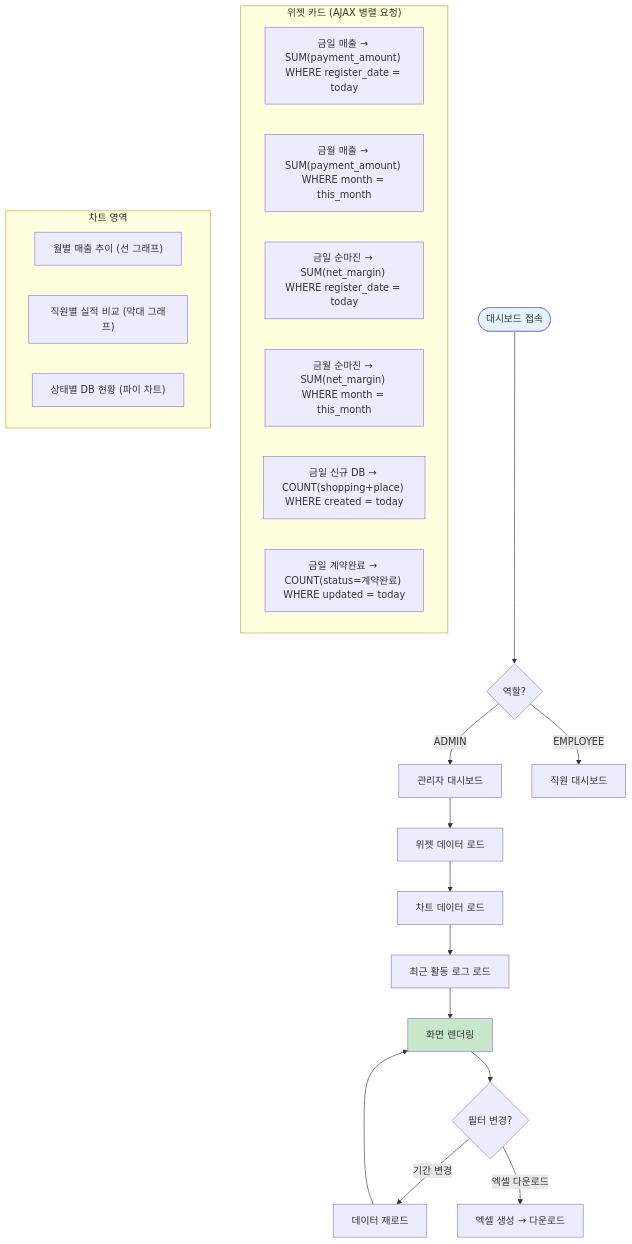
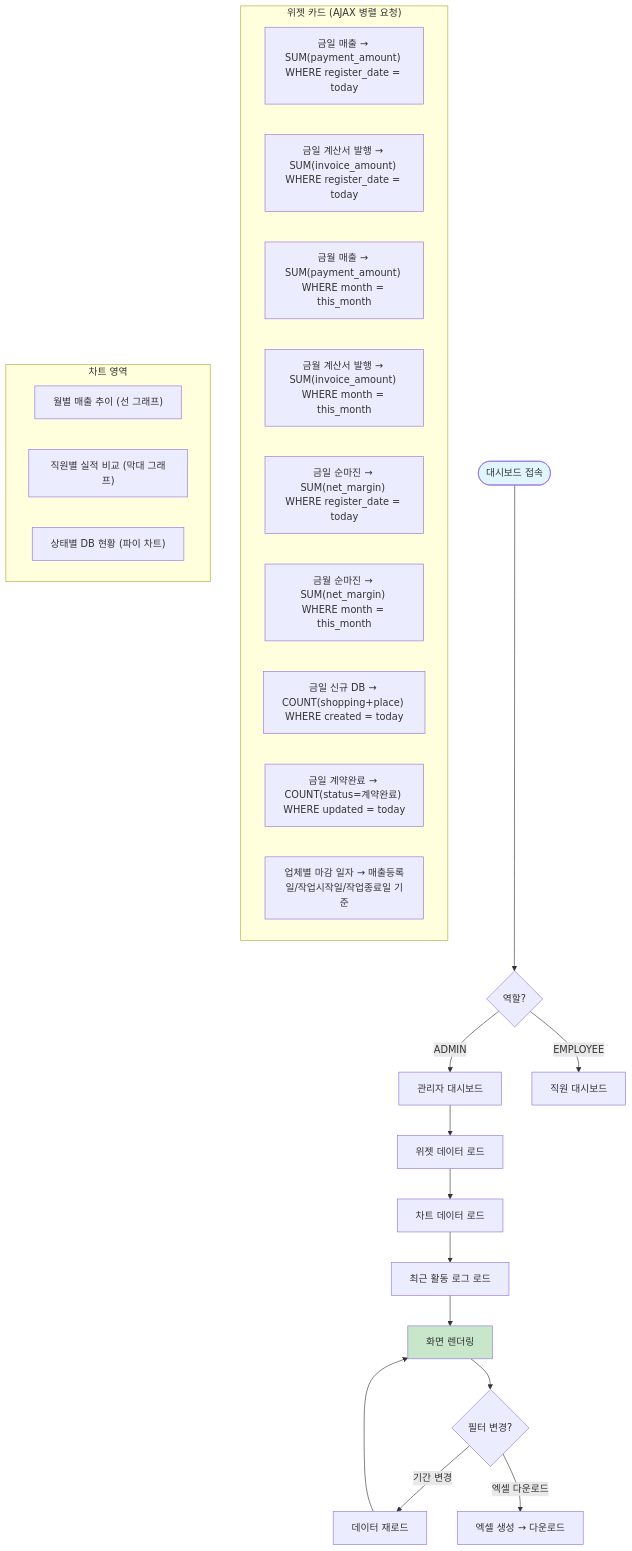
The tenth of 20 diagrams in docs/03_시스템_흐름도.md (codelabsy/260225_site), drawn with Mermaid before and after one commit. The commit also changed other lines of this file and 3 other files, not shown here.

````diff
--- a/docs/03_시스템_흐름도.md
+++ b/docs/03_시스템_흐름도.md
@@ -425,38 +425,41 @@
 ```mermaid
 flowchart TD
     START([대시보드 접속]) --> CHECK_ROLE{역할?}
 
     CHECK_ROLE -->|ADMIN| ADMIN_DASH[관리자 대시보드]
     CHECK_ROLE -->|EMPLOYEE| EMP_DASH[직원 대시보드]
 
     ADMIN_DASH --> LOAD_WIDGETS[위젯 데이터 로드]
 
     subgraph WIDGETS["위젯 카드 (AJAX 병렬 요청)"]
         W1["금일 매출 → SUM(payment_amount) WHERE register_date = today"]
+        W1_1["금일 계산서 발행 → SUM(invoice_amount) WHERE register_date = today"]
         W2["금월 매출 → SUM(payment_amount) WHERE month = this_month"]
+        W2_1["금월 계산서 발행 → SUM(invoice_amount) WHERE month = this_month"]
         W3["금일 순마진 → SUM(net_margin) WHERE register_date = today"]
         W4["금월 순마진 → SUM(net_margin) WHERE month = this_month"]
         W5["금일 신규 DB → COUNT(shopping+place) WHERE created = today"]
         W6["금일 계약완료 → COUNT(status=계약완료) WHERE updated = today"]
+        W7["업체별 마감 일자 → 매출등록일/작업시작일/작업종료일 기준"]
     end
 
     LOAD_WIDGETS --> LOAD_CHARTS[차트 데이터 로드]
 
     subgraph CHARTS["차트 영역"]
         C1["월별 매출 추이 (선 그래프)"]
         C2["직원별 실적 비교 (막대 그래프)"]
         C3["상태별 DB 현황 (파이 차트)"]
     end
 
     LOAD_CHARTS --> LOAD_LOGS[최근 활동 로그 로드]
     LOAD_LOGS --> RENDER[화면 렌더링]
 
     RENDER --> FILTER_ACTION{필터 변경?}
     FILTER_ACTION -->|기간 변경| RELOAD_DATA[데이터 재로드]
     RELOAD_DATA --> RENDER
 
     FILTER_ACTION -->|엑셀 다운로드| EXPORT_EXCEL[엑셀 생성 → 다운로드]
 
     style START fill:#e1f5fe
     style RENDER fill:#c8e6c9
 ```
````
